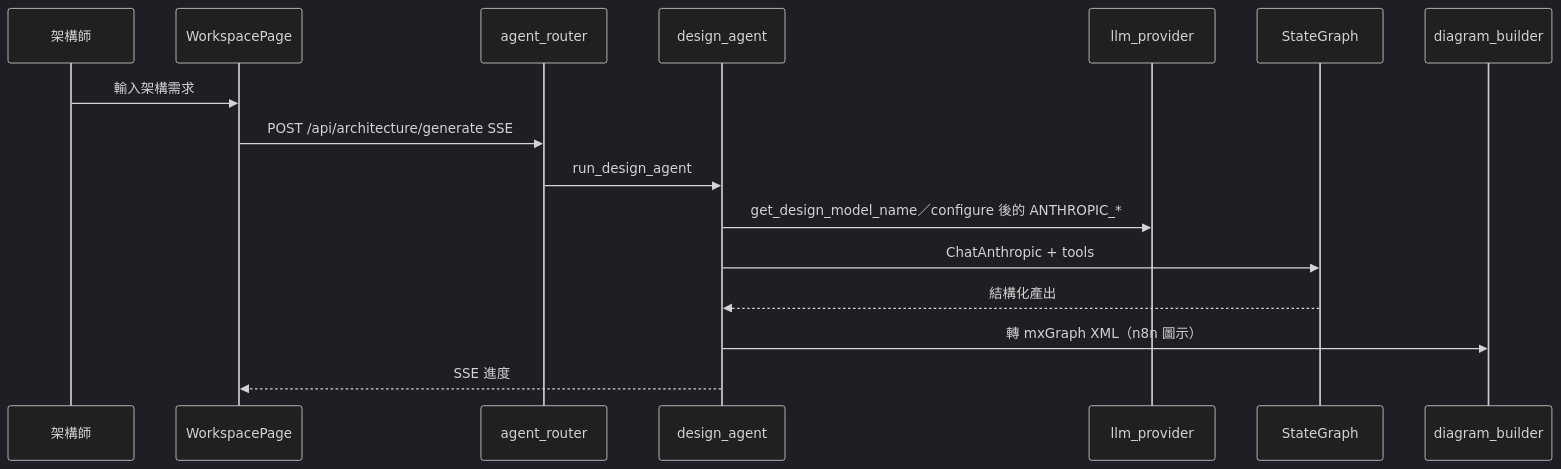
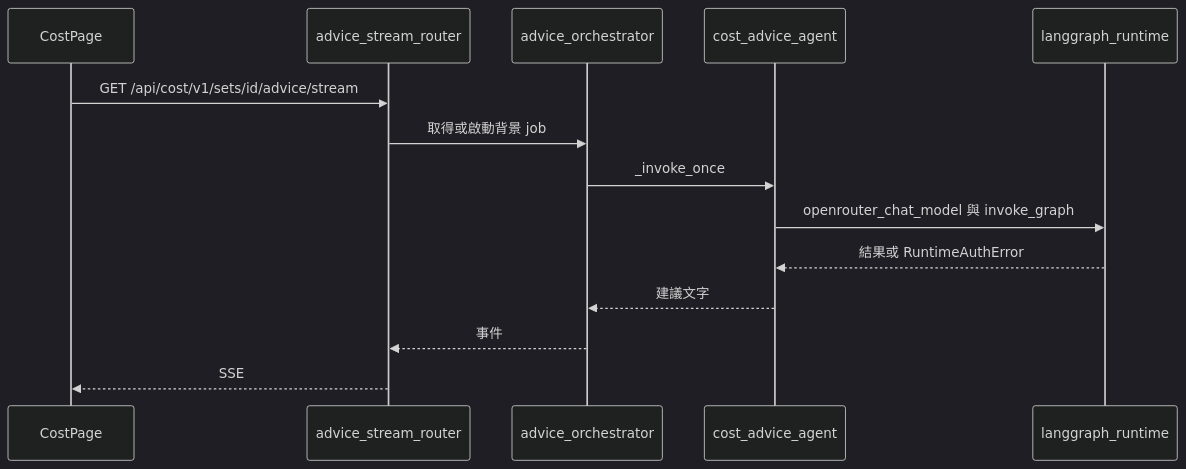
Before and after one commit to opendiamonds/cloud-360: the sixth of 6 diagrams in aidlc/spaces/default/codekb/cloud/architecture.md, drawn with Mermaid (dark theme). The commit also changed other lines of this file and 249 other files, not shown here.

````diff
--- a/aidlc/spaces/default/codekb/cloud/architecture.md
+++ b/aidlc/spaces/default/codekb/cloud/architecture.md
@@ -154,19 +182,17 @@
 ```mermaid
 sequenceDiagram
-  participant U as 架構師
-  participant FE as WorkspacePage
-  participant AR as agent_router
-  participant DA as design_agent
-  participant LP as llm_provider
-  participant LG as StateGraph
-  participant DB2 as diagram_builder
+  participant FE as CostPage
+  participant IR as advice_stream_router
+  participant AO as advice_orchestrator
+  participant CA as cost_advice_agent
+  participant RT as langgraph_runtime
 
-  U->>FE: 輸入架構需求
-  FE->>AR: POST /api/architecture/generate SSE
-  AR->>DA: run_design_agent
-  DA->>LP: get_design_model_name／configure 後的 ANTHROPIC_*
-  DA->>LG: ChatAnthropic + tools
-  LG-->>DA: 結構化產出
-  DA->>DB2: 轉 mxGraph XML（n8n 圖示）
-  DA-->>FE: SSE 進度
+  FE->>IR: GET /api/cost/v1/sets/id/advice/stream
+  IR->>AO: 取得或啟動背景 job
+  AO->>CA: _invoke_once
+  CA->>RT: openrouter_chat_model 與 invoke_graph
+  RT-->>CA: 結果或 RuntimeAuthError
+  CA-->>AO: 建議文字
+  AO-->>IR: 事件
+  IR-->>FE: SSE
 ```
````
